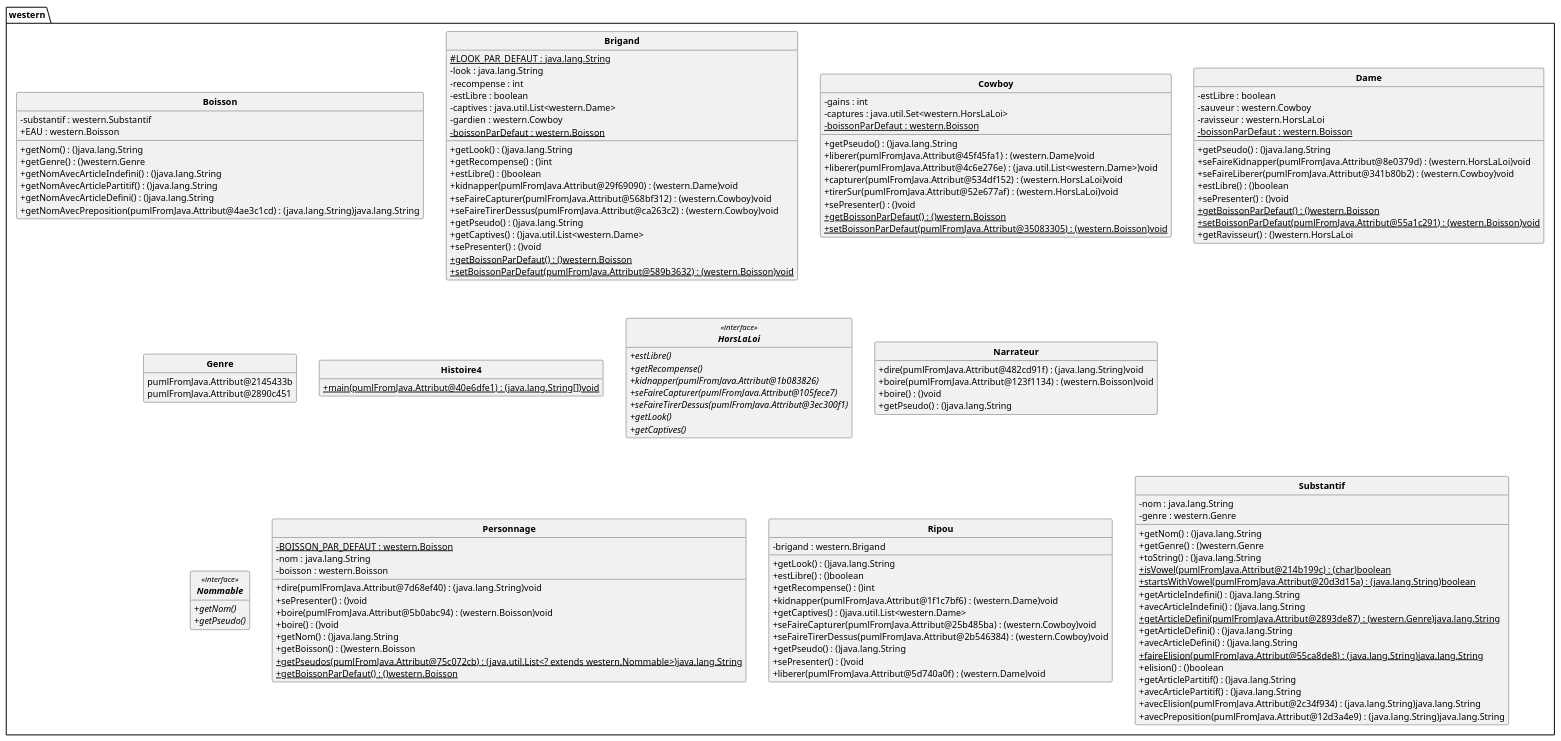
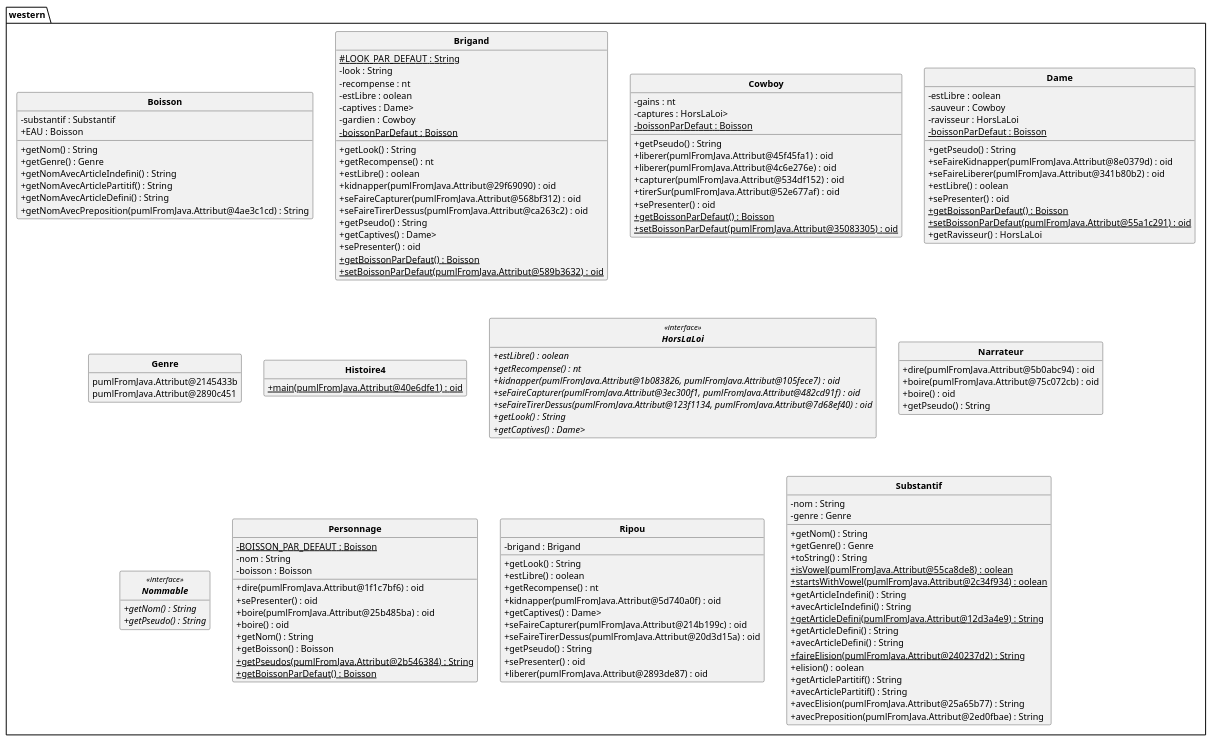
Before and after one commit to DimToups/Java-to-PUML-converter: the diagram in out/production/p21_projet/pumlFromJava/westernClass.puml, drawn with PlantUML. The commit also changed 7 other files, not shown here.

```diff
--- a/out/production/p21_projet/pumlFromJava/westernClass.puml
+++ b/out/production/p21_projet/pumlFromJava/westernClass.puml
@@ -1,153 +1,153 @@
 @startuml
 'https://plantuml.com/class-diagram
 skinparam style strictuml
 skinparam classAttributeIconSize 0
 skinparam classFontStyle Bold
 
 hide empty members
 
 package western{
 class Boisson{
-- substantif : western.Substantif
-+ EAU : western.Boisson
-+ getNom() : ()java.lang.String
-+ getGenre() : ()western.Genre
-+ getNomAvecArticleIndefini() : ()java.lang.String
-+ getNomAvecArticlePartitif() : ()java.lang.String
-+ getNomAvecArticleDefini() : ()java.lang.String
-+ getNomAvecPreposition(pumlFromJava.Attribut@4ae3c1cd) : (java.lang.String)java.lang.String
+- substantif : Substantif
++ EAU : Boisson
++ getNom() : String
++ getGenre() : Genre
++ getNomAvecArticleIndefini() : String
++ getNomAvecArticlePartitif() : String
++ getNomAvecArticleDefini() : String
++ getNomAvecPreposition(pumlFromJava.Attribut@4ae3c1cd) : String
 }
 
 class Brigand{
-# LOOK_PAR_DEFAUT : java.lang.String {static}
-- look : java.lang.String
-- recompense : int
-- estLibre : boolean
-- captives : java.util.List<western.Dame>
-- gardien : western.Cowboy
-- boissonParDefaut : western.Boisson {static}
-+ getLook() : ()java.lang.String
-+ getRecompense() : ()int
-+ estLibre() : ()boolean
-+ kidnapper(pumlFromJava.Attribut@29f69090) : (western.Dame)void
-+ seFaireCapturer(pumlFromJava.Attribut@568bf312) : (western.Cowboy)void
-+ seFaireTirerDessus(pumlFromJava.Attribut@ca263c2) : (western.Cowboy)void
-+ getPseudo() : ()java.lang.String
-+ getCaptives() : ()java.util.List<western.Dame>
-+ sePresenter() : ()void
-+ getBoissonParDefaut() {static} : ()western.Boisson
-+ setBoissonParDefaut(pumlFromJava.Attribut@589b3632) {static} : (western.Boisson)void
+# LOOK_PAR_DEFAUT : String {static}
+- look : String
+- recompense : nt
+- estLibre : oolean
+- captives : Dame>
+- gardien : Cowboy
+- boissonParDefaut : Boisson {static}
++ getLook() : String
++ getRecompense() : nt
++ estLibre() : oolean
++ kidnapper(pumlFromJava.Attribut@29f69090) : oid
++ seFaireCapturer(pumlFromJava.Attribut@568bf312) : oid
++ seFaireTirerDessus(pumlFromJava.Attribut@ca263c2) : oid
++ getPseudo() : String
++ getCaptives() : Dame>
++ sePresenter() : oid
++ getBoissonParDefaut() {static} : Boisson
++ setBoissonParDefaut(pumlFromJava.Attribut@589b3632) {static} : oid
 }
 
 class Cowboy{
-- gains : int
-- captures : java.util.Set<western.HorsLaLoi>
-- boissonParDefaut : western.Boisson {static}
-+ getPseudo() : ()java.lang.String
-+ liberer(pumlFromJava.Attribut@45f45fa1) : (western.Dame)void
-+ liberer(pumlFromJava.Attribut@4c6e276e) : (java.util.List<western.Dame>)void
-+ capturer(pumlFromJava.Attribut@534df152) : (western.HorsLaLoi)void
-+ tirerSur(pumlFromJava.Attribut@52e677af) : (western.HorsLaLoi)void
-+ sePresenter() : ()void
-+ getBoissonParDefaut() {static} : ()western.Boisson
-+ setBoissonParDefaut(pumlFromJava.Attribut@35083305) {static} : (western.Boisson)void
+- gains : nt
+- captures : HorsLaLoi>
+- boissonParDefaut : Boisson {static}
++ getPseudo() : String
++ liberer(pumlFromJava.Attribut@45f45fa1) : oid
++ liberer(pumlFromJava.Attribut@4c6e276e) : oid
++ capturer(pumlFromJava.Attribut@534df152) : oid
++ tirerSur(pumlFromJava.Attribut@52e677af) : oid
++ sePresenter() : oid
++ getBoissonParDefaut() {static} : Boisson
++ setBoissonParDefaut(pumlFromJava.Attribut@35083305) {static} : oid
 }
 
 class Dame{
-- estLibre : boolean
-- sauveur : western.Cowboy
-- ravisseur : western.HorsLaLoi
-- boissonParDefaut : western.Boisson {static}
-+ getPseudo() : ()java.lang.String
-+ seFaireKidnapper(pumlFromJava.Attribut@8e0379d) : (western.HorsLaLoi)void
-+ seFaireLiberer(pumlFromJava.Attribut@341b80b2) : (western.Cowboy)void
-+ estLibre() : ()boolean
-+ sePresenter() : ()void
-+ getBoissonParDefaut() {static} : ()western.Boisson
-+ setBoissonParDefaut(pumlFromJava.Attribut@55a1c291) {static} : (western.Boisson)void
-+ getRavisseur() : ()western.HorsLaLoi
+- estLibre : oolean
+- sauveur : Cowboy
+- ravisseur : HorsLaLoi
+- boissonParDefaut : Boisson {static}
++ getPseudo() : String
++ seFaireKidnapper(pumlFromJava.Attribut@8e0379d) : oid
++ seFaireLiberer(pumlFromJava.Attribut@341b80b2) : oid
++ estLibre() : oolean
++ sePresenter() : oid
++ getBoissonParDefaut() {static} : Boisson
++ setBoissonParDefaut(pumlFromJava.Attribut@55a1c291) {static} : oid
++ getRavisseur() : HorsLaLoi
 }
 
 class Genre{
 pumlFromJava.Attribut@2145433b
 pumlFromJava.Attribut@2890c451
 }
 
 class Histoire4{
-+ main(pumlFromJava.Attribut@40e6dfe1) {static} : (java.lang.String[])void
++ main(pumlFromJava.Attribut@40e6dfe1) {static} : oid
 }
 
 interface HorsLaLoi<<interface>>{
-+ estLibre() {abstract}
-+ getRecompense() {abstract}
-+ kidnapper(pumlFromJava.Attribut@1b083826) {abstract}
-+ seFaireCapturer(pumlFromJava.Attribut@105fece7) {abstract}
-+ seFaireTirerDessus(pumlFromJava.Attribut@3ec300f1) {abstract}
-+ getLook() {abstract}
-+ getCaptives() {abstract}
++ estLibre() {abstract} : oolean
++ getRecompense() {abstract} : nt
++ kidnapper(pumlFromJava.Attribut@1b083826, pumlFromJava.Attribut@105fece7) {abstract} : oid
++ seFaireCapturer(pumlFromJava.Attribut@3ec300f1, pumlFromJava.Attribut@482cd91f) {abstract} : oid
++ seFaireTirerDessus(pumlFromJava.Attribut@123f1134, pumlFromJava.Attribut@7d68ef40) {abstract} : oid
++ getLook() {abstract} : String
++ getCaptives() {abstract} : Dame>
 }
 
 class Narrateur{
-+ dire(pumlFromJava.Attribut@482cd91f) : (java.lang.String)void
-+ boire(pumlFromJava.Attribut@123f1134) : (western.Boisson)void
-+ boire() : ()void
-+ getPseudo() : ()java.lang.String
++ dire(pumlFromJava.Attribut@5b0abc94) : oid
++ boire(pumlFromJava.Attribut@75c072cb) : oid
++ boire() : oid
++ getPseudo() : String
 }
 
 interface Nommable<<interface>>{
-+ getNom() {abstract}
-+ getPseudo() {abstract}
++ getNom() {abstract} : String
++ getPseudo() {abstract} : String
 }
 
 class Personnage{
-- BOISSON_PAR_DEFAUT : western.Boisson {static}
-- nom : java.lang.String
-- boisson : western.Boisson
-+ dire(pumlFromJava.Attribut@7d68ef40) : (java.lang.String)void
-+ sePresenter() : ()void
-+ boire(pumlFromJava.Attribut@5b0abc94) : (western.Boisson)void
-+ boire() : ()void
-+ getNom() : ()java.lang.String
-+ getBoisson() : ()western.Boisson
-+ getPseudos(pumlFromJava.Attribut@75c072cb) {static} : (java.util.List<? extends western.Nommable>)java.lang.String
-+ getBoissonParDefaut() {static} : ()western.Boisson
+- BOISSON_PAR_DEFAUT : Boisson {static}
+- nom : String
+- boisson : Boisson
++ dire(pumlFromJava.Attribut@1f1c7bf6) : oid
++ sePresenter() : oid
++ boire(pumlFromJava.Attribut@25b485ba) : oid
++ boire() : oid
++ getNom() : String
++ getBoisson() : Boisson
++ getPseudos(pumlFromJava.Attribut@2b546384) {static} : String
++ getBoissonParDefaut() {static} : Boisson
 }
 
 class Ripou{
-- brigand : western.Brigand
-+ getLook() : ()java.lang.String
-+ estLibre() : ()boolean
-+ getRecompense() : ()int
-+ kidnapper(pumlFromJava.Attribut@1f1c7bf6) : (western.Dame)void
-+ getCaptives() : ()java.util.List<western.Dame>
-+ seFaireCapturer(pumlFromJava.Attribut@25b485ba) : (western.Cowboy)void
-+ seFaireTirerDessus(pumlFromJava.Attribut@2b546384) : (western.Cowboy)void
-+ getPseudo() : ()java.lang.String
-+ sePresenter() : ()void
-+ liberer(pumlFromJava.Attribut@5d740a0f) : (western.Dame)void
+- brigand : Brigand
++ getLook() : String
++ estLibre() : oolean
++ getRecompense() : nt
++ kidnapper(pumlFromJava.Attribut@5d740a0f) : oid
++ getCaptives() : Dame>
++ seFaireCapturer(pumlFromJava.Attribut@214b199c) : oid
++ seFaireTirerDessus(pumlFromJava.Attribut@20d3d15a) : oid
++ getPseudo() : String
++ sePresenter() : oid
++ liberer(pumlFromJava.Attribut@2893de87) : oid
 }
 
 class Substantif{
-- nom : java.lang.String
-- genre : western.Genre
-+ getNom() : ()java.lang.String
-+ getGenre() : ()western.Genre
-+ toString() : ()java.lang.String
-+ isVowel(pumlFromJava.Attribut@214b199c) {static} : (char)boolean
-+ startsWithVowel(pumlFromJava.Attribut@20d3d15a) {static} : (java.lang.String)boolean
-+ getArticleIndefini() : ()java.lang.String
-+ avecArticleIndefini() : ()java.lang.String
-+ getArticleDefini(pumlFromJava.Attribut@2893de87) {static} : (western.Genre)java.lang.String
-+ getArticleDefini() : ()java.lang.String
-+ avecArticleDefini() : ()java.lang.String
-+ faireElision(pumlFromJava.Attribut@55ca8de8) {static} : (java.lang.String)java.lang.String
-+ elision() : ()boolean
-+ getArticlePartitif() : ()java.lang.String
-+ avecArticlePartitif() : ()java.lang.String
-+ avecElision(pumlFromJava.Attribut@2c34f934) : (java.lang.String)java.lang.String
-+ avecPreposition(pumlFromJava.Attribut@12d3a4e9) : (java.lang.String)java.lang.String
+- nom : String
+- genre : Genre
++ getNom() : String
++ getGenre() : Genre
++ toString() : String
++ isVowel(pumlFromJava.Attribut@55ca8de8) {static} : oolean
++ startsWithVowel(pumlFromJava.Attribut@2c34f934) {static} : oolean
++ getArticleIndefini() : String
++ avecArticleIndefini() : String
++ getArticleDefini(pumlFromJava.Attribut@12d3a4e9) {static} : String
++ getArticleDefini() : String
++ avecArticleDefini() : String
++ faireElision(pumlFromJava.Attribut@240237d2) {static} : String
++ elision() : oolean
++ getArticlePartitif() : String
++ avecArticlePartitif() : String
++ avecElision(pumlFromJava.Attribut@25a65b77) : String
++ avecPreposition(pumlFromJava.Attribut@2ed0fbae) : String
 }
 
 
 }
 @enduml
```
